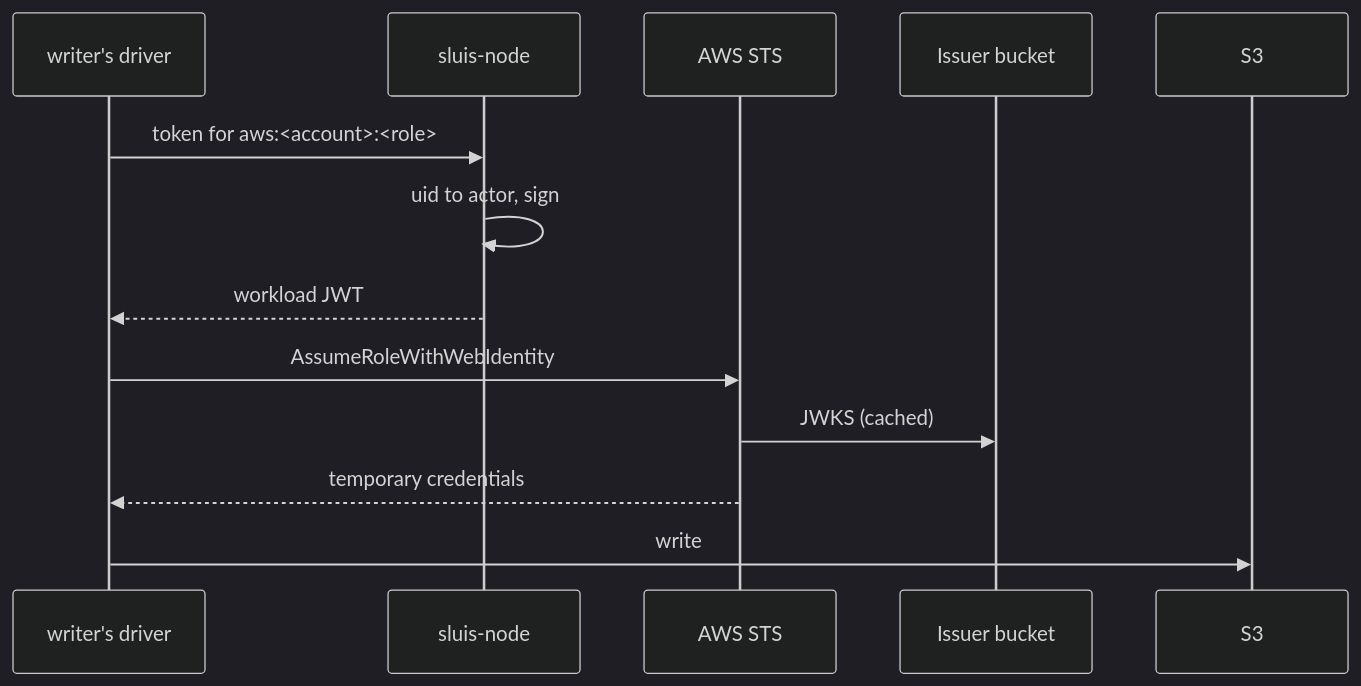
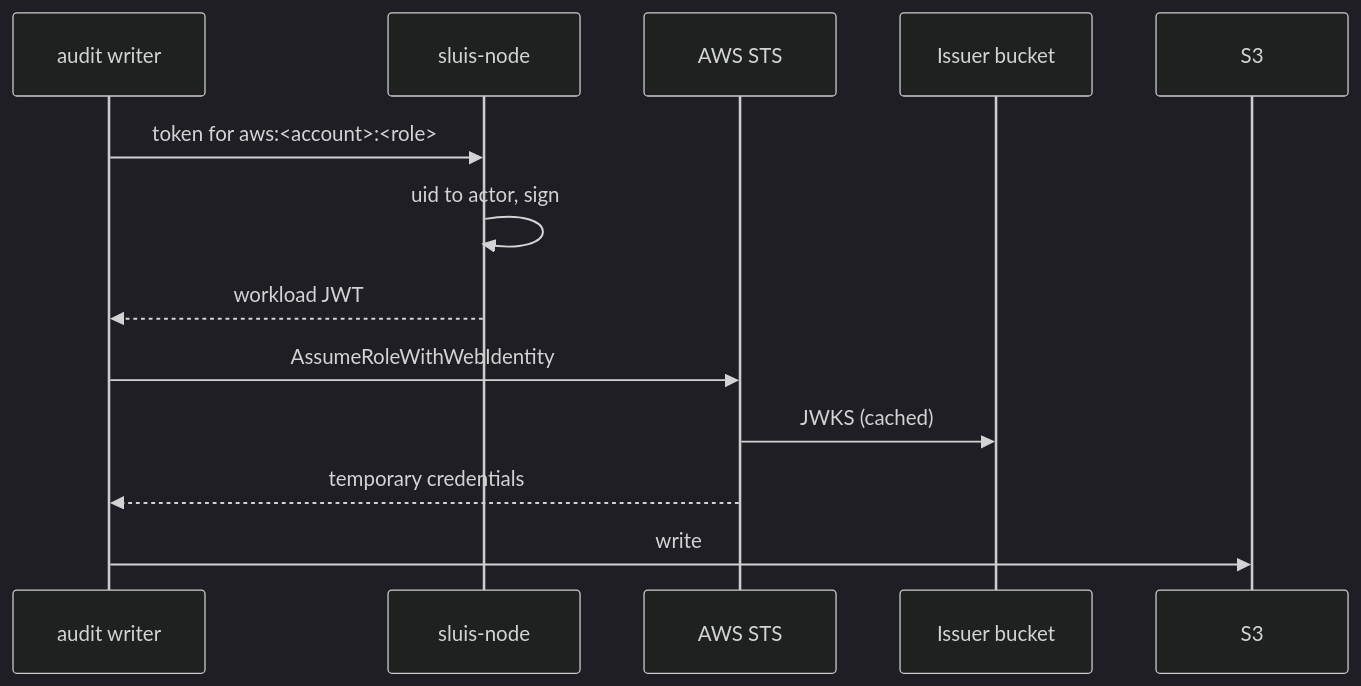
One commit to truvity/access-roster changed the first of 2 diagrams in docs/concepts/identity.md. Above: the diagram before and after it, drawn with Mermaid (dark theme). The commit also changed other lines of this file and 8 other files, not shown here.

````diff
--- a/docs/concepts/identity.md
+++ b/docs/concepts/identity.md
@@ -87,15 +95,15 @@
 ```mermaid
 sequenceDiagram
-  participant D as writer's driver
+  participant D as audit writer
   participant N as sluis-node
   participant S as AWS STS
   participant B as Issuer bucket
   participant A as S3
   D->>N: token for aws:<account>:<role>
   N->>N: uid to actor, sign
   N-->>D: workload JWT
   D->>S: AssumeRoleWithWebIdentity
   S->>B: JWKS (cached)
   S-->>D: temporary credentials
   D->>A: write
 ```
````
